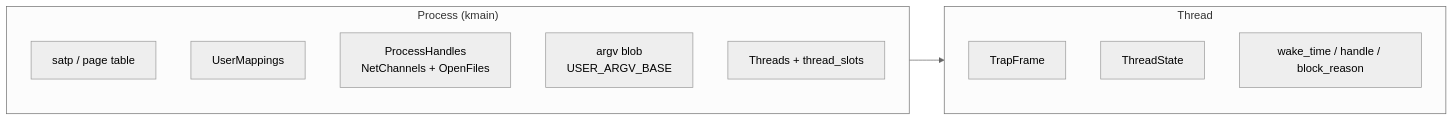
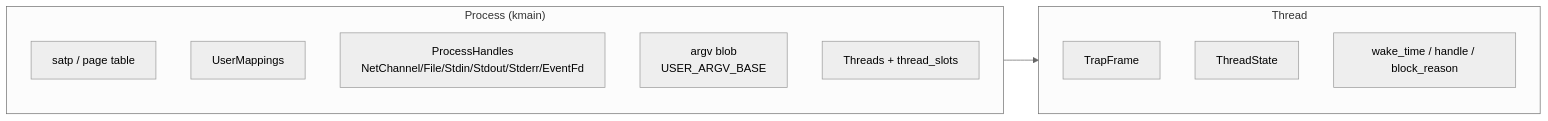
One commit to mayamaclean/orbit changed the fourth of 4 diagrams in docs/architecture.md. Above: the diagram before and after it, drawn with Mermaid. The commit also changed other lines of this file and 77 other files, not shown here.

````diff
--- a/docs/architecture.md
+++ b/docs/architecture.md
@@ -243,24 +246,24 @@
 ```mermaid
 %%{init: {'theme': 'neutral'}}%%
 graph LR
     subgraph PROC["Process (kmain)"]
         SATP["satp / page table"]
         MAPS["UserMappings"]
-        HANDLES["ProcessHandles<br/>NetChannels + OpenFiles"]
+        HANDLES["ProcessHandles<br/>NetChannel/File/Stdin/Stdout/Stderr/EventFd"]
         ARGV["argv blob<br/>USER_ARGV_BASE"]
         THREADS["Threads + thread_slots"]
     end
 
     subgraph THREAD["Thread"]
         TF["TrapFrame"]
         STATE["ThreadState"]
         SCHED_HOOK["wake_time / handle / block_reason"]
     end
 
     PROC --> THREAD
 
     click PROC "../process/src/lib.rs" "Process struct"
     click THREAD "../process/src/lib.rs" "Thread struct"
-    click HANDLES "../kmain/src/kernel/handle.rs" "Handle::NetChannel | Handle::File"
+    click HANDLES "../kmain/src/kernel/handle.rs" "Handle::{NetChannel, File, Stdin, Stdout, Stderr, EventFd}"
     click ARGV "../kmain/src/kernel/mod.rs" "install_argv_blob"
 ```
````
